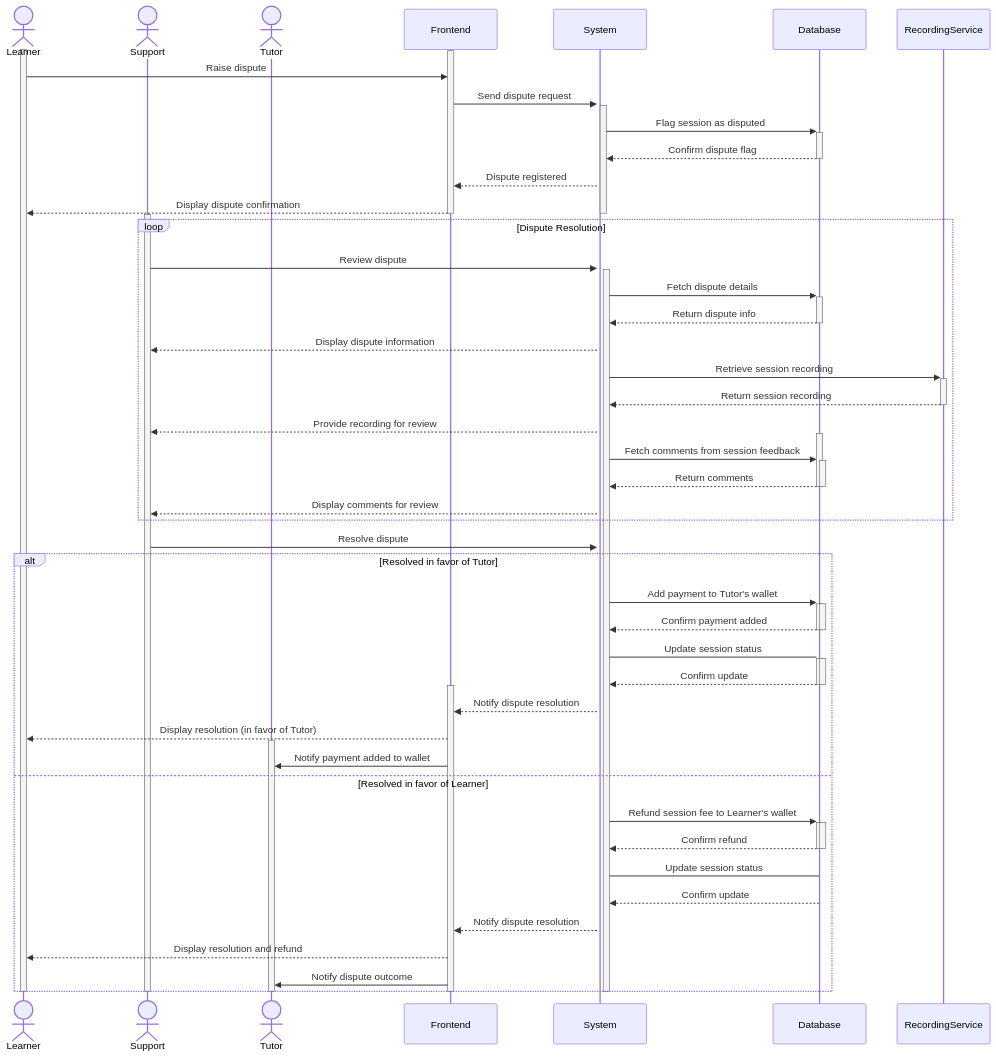
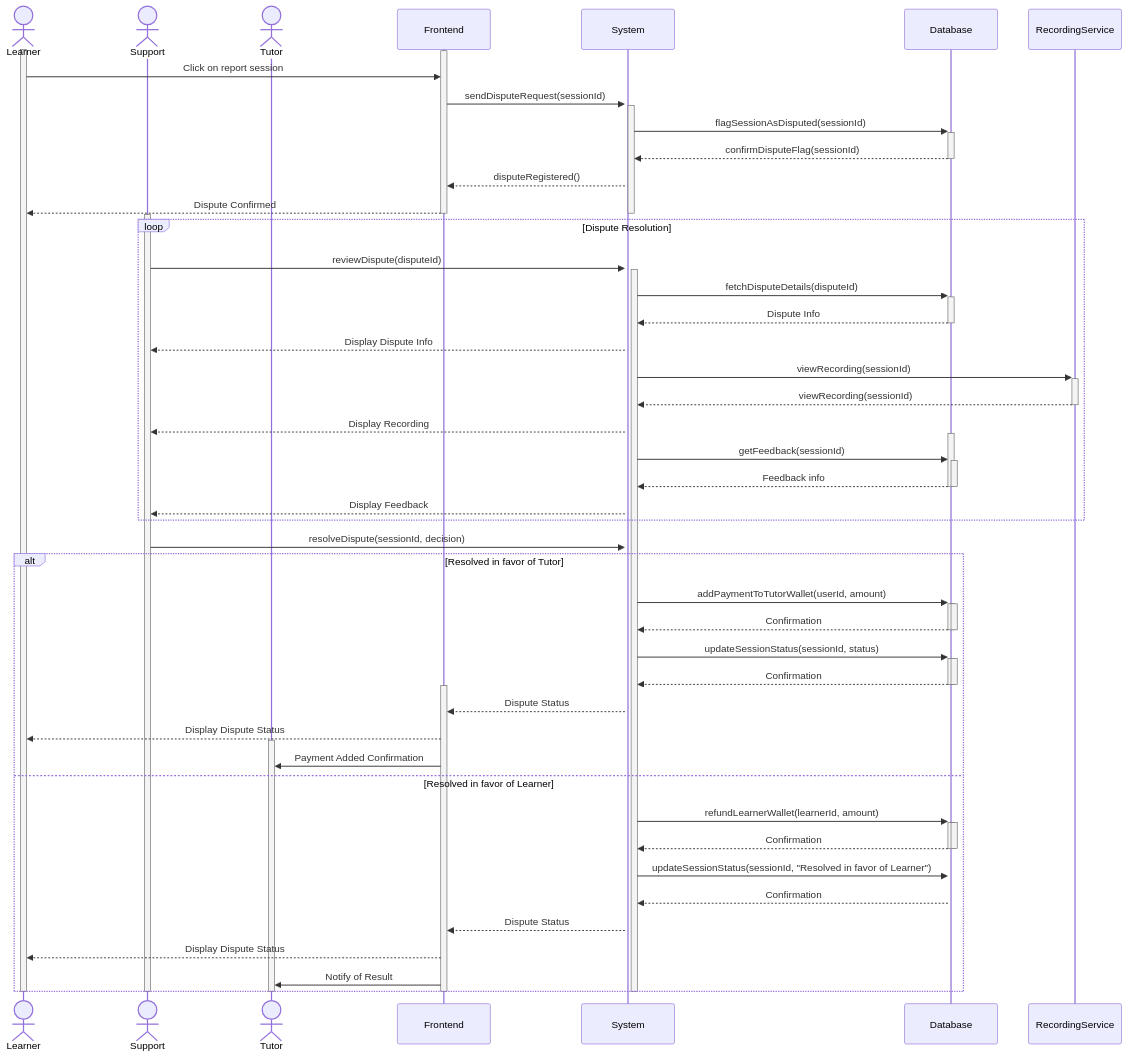
One commit to Shaar03/Diagrams changed the diagram in disputeHandling.mermaid. Above: the diagram before and after it, drawn with Mermaid.

Commit message:
methods all the way

```diff
--- a/disputeHandling.mermaid
+++ b/disputeHandling.mermaid
@@ -1,71 +1,71 @@
 sequenceDiagram
     actor Learner
     actor Support
     actor Tutor
     participant Frontend
     participant System
     participant Database
     participant RecordingService
 
     activate Learner
     activate Frontend
-    Learner->>Frontend: Raise dispute
-    Frontend->>+System: Send dispute request
+    Learner->>Frontend: Click on report session
+    Frontend->>+System: sendDisputeRequest(sessionId)
     activate System
-    System->>+Database: Flag session as disputed
-    Database-->>-System: Confirm dispute flag
-    System-->>Frontend: Dispute registered
-    Frontend-->>Learner: Display dispute confirmation
+    System->>+Database: flagSessionAsDisputed(sessionId)
+    Database-->>-System: confirmDisputeFlag(sessionId)
+    System-->>Frontend: disputeRegistered()
+    Frontend-->>Learner: Dispute Confirmed
     deactivate System
     deactivate Frontend
 
     activate Support
     activate System
 
     loop Dispute Resolution
-        Support->>+System: Review dispute
-        System->>+Database: Fetch dispute details
-        Database-->>-System: Return dispute info
-        System-->>Support: Display dispute information
-        System->>+RecordingService: Retrieve session recording
-        RecordingService-->>-System: Return session recording
-        System-->>Support: Provide recording for review
+        Support->>+System: reviewDispute(disputeId)
+        System->>+Database: fetchDisputeDetails(disputeId)
+        Database-->>-System: Dispute Info
+        System-->>Support: Display Dispute Info
+        System->>+RecordingService: viewRecording(sessionId)
+        RecordingService-->>-System: viewRecording(sessionId)
+        System-->>Support: Display Recording
 
         activate Database
-        System->>+Database: Fetch comments from session feedback
-        Database-->>-System: Return comments
+        System->>+Database: getFeedback(sessionId)
+        Database-->>-System: Feedback info
         deactivate Database
-        System-->>Support: Display comments for review
+        System-->>Support: Display Feedback
     end
 
-    Support->>System: Resolve dispute
+    Support->>System: resolveDispute(sessionId, decision)
     alt Resolved in favor of Tutor
-        System->>+Database: Add payment to Tutor's wallet
+        System->>+Database: addPaymentToTutorWallet(userId, amount)
         activate Database
-        Database-->>-System: Confirm payment added
+        Database-->>-System: Confirmation
         deactivate Database
-        System->+Database: Update session status
+        System->>+Database: updateSessionStatus(sessionId, status)
         activate Database
-        Database-->>-System: Confirm update
+        Database-->>-System: Confirmation
         deactivate Database
         activate Frontend
-        System-->>Frontend: Notify dispute resolution
-        Frontend-->>Learner: Display resolution (in favor of Tutor)
+        System-->>Frontend: Dispute Status
+        Frontend-->>Learner: Display Dispute Status
         activate Tutor
-        Frontend->>Tutor: Notify payment added to wallet
+        Frontend->>Tutor: Payment Added Confirmation
     else Resolved in favor of Learner
-        System->>+Database: Refund session fee to Learner's wallet
+        System->>+Database: refundLearnerWallet(learnerId, amount)
         activate Database
-        Database-->>-System: Confirm refund
+        Database-->>-System: Confirmation
         deactivate Database
-        System->Database: Update session status
-        Database-->>System: Confirm update
-        System-->>Frontend: Notify dispute resolution
-        Frontend-->>Learner: Display resolution and refund
-        Frontend->>Tutor: Notify dispute outcome
+        System->>+Database: updateSessionStatus(sessionId, "Resolved in favor of Learner")
+        Database-->>System: Confirmation
+        System-->>Frontend: Dispute Status
+        Frontend-->>Learner: Display Dispute Status
+        Frontend->>Tutor: Notify of Result
     end
     deactivate System
     deactivate Frontend
     deactivate Support
     deactivate Learner
     deactivate Tutor
```
